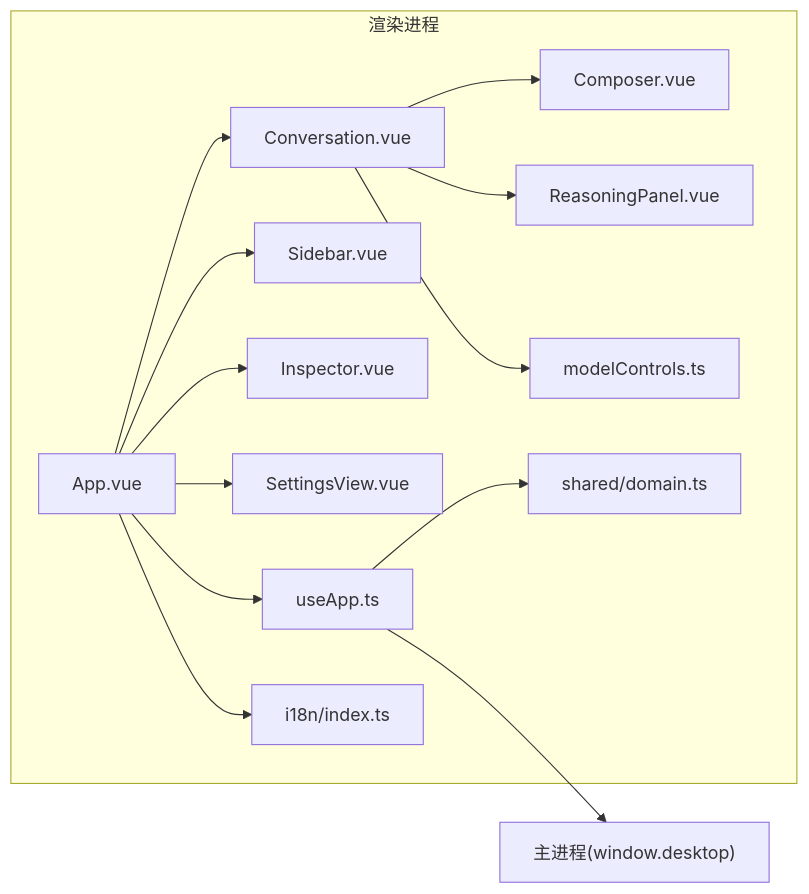
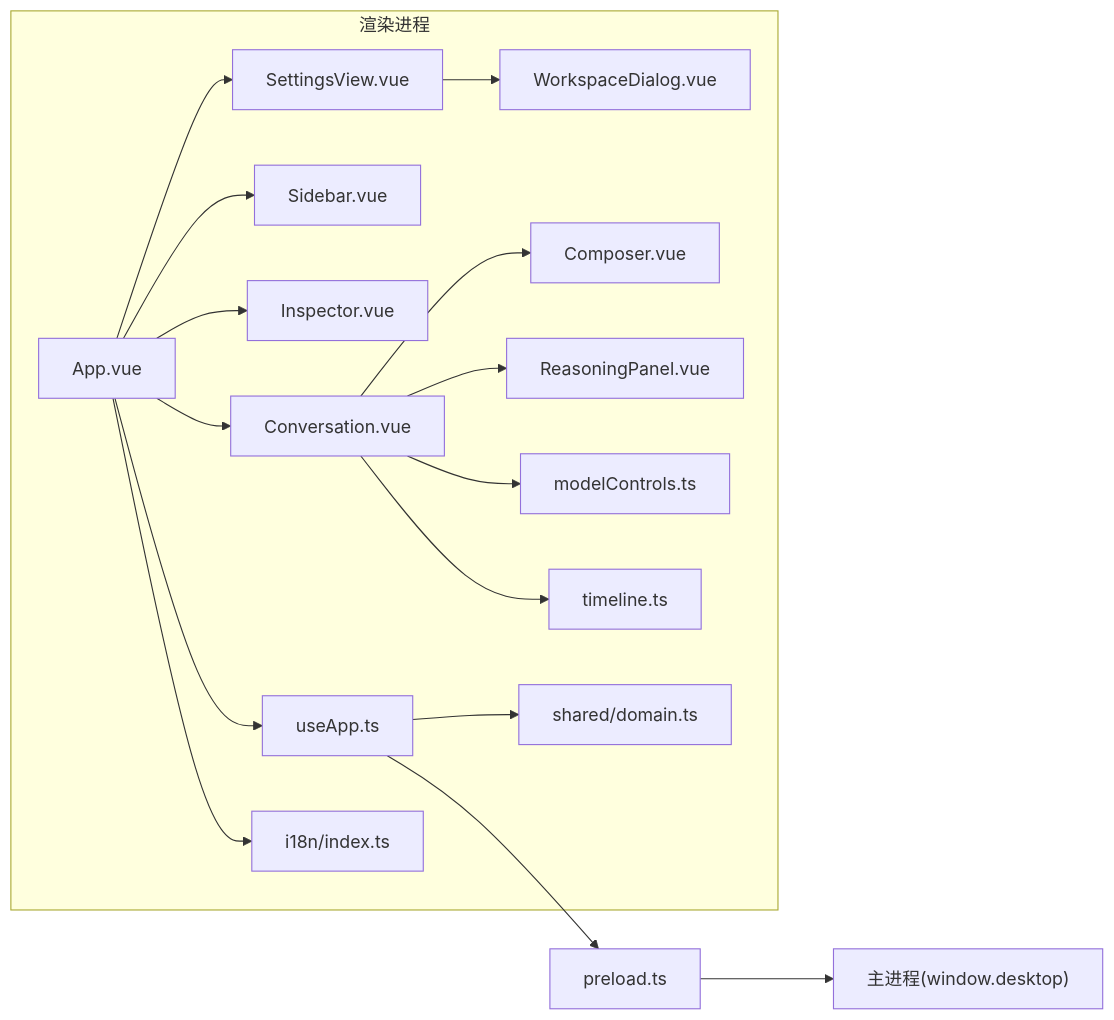
The fourth of 4 diagrams in .qoder/repowiki/zh/content/核心模块/渲染进程/渲染进程.md (dyx-9163/ai-aifar), drawn with Mermaid before and after one commit. The commit also changed other lines of this file and 37 other files, not shown here.

````diff
--- a/.qoder/repowiki/zh/content/核心模块/渲染进程/渲染进程.md
+++ b/.qoder/repowiki/zh/content/核心模块/渲染进程/渲染进程.md
@@ -221,16 +295,19 @@
 ```mermaid
 graph LR
 subgraph "渲染进程"
 A["App.vue"] --> B["Conversation.vue"]
 A --> C["Sidebar.vue"]
 A --> D["Inspector.vue"]
 A --> E["SettingsView.vue"]
-B --> F["Composer.vue"]
-B --> G["ReasoningPanel.vue"]
-B --> H["modelControls.ts"]
-A --> I["useApp.ts"]
-I --> J["shared/domain.ts"]
-A --> K["i18n/index.ts"]
+E --> F["WorkspaceDialog.vue"]
+B --> G["Composer.vue"]
+B --> H["ReasoningPanel.vue"]
+B --> I["modelControls.ts"]
+B --> J["timeline.ts"]
+A --> K["useApp.ts"]
+K --> L["shared/domain.ts"]
+A --> M["i18n/index.ts"]
 end
-I --> L["主进程(window.desktop)"]
+K --> N["preload.ts"]
+N --> O["主进程(window.desktop)"]
 ```
````
